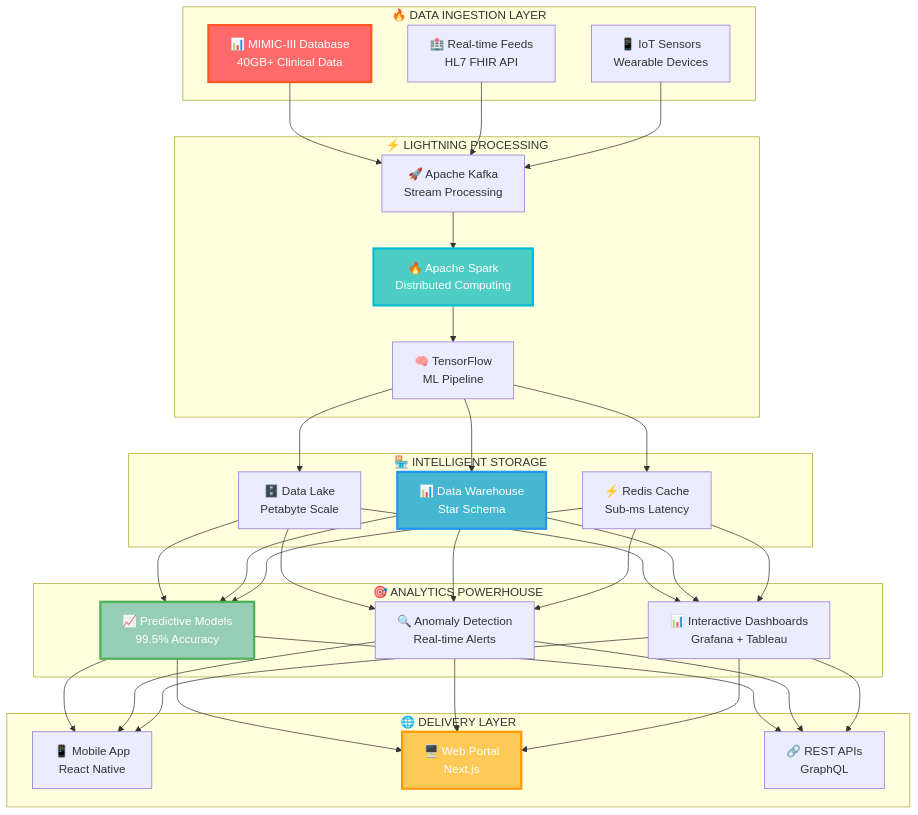
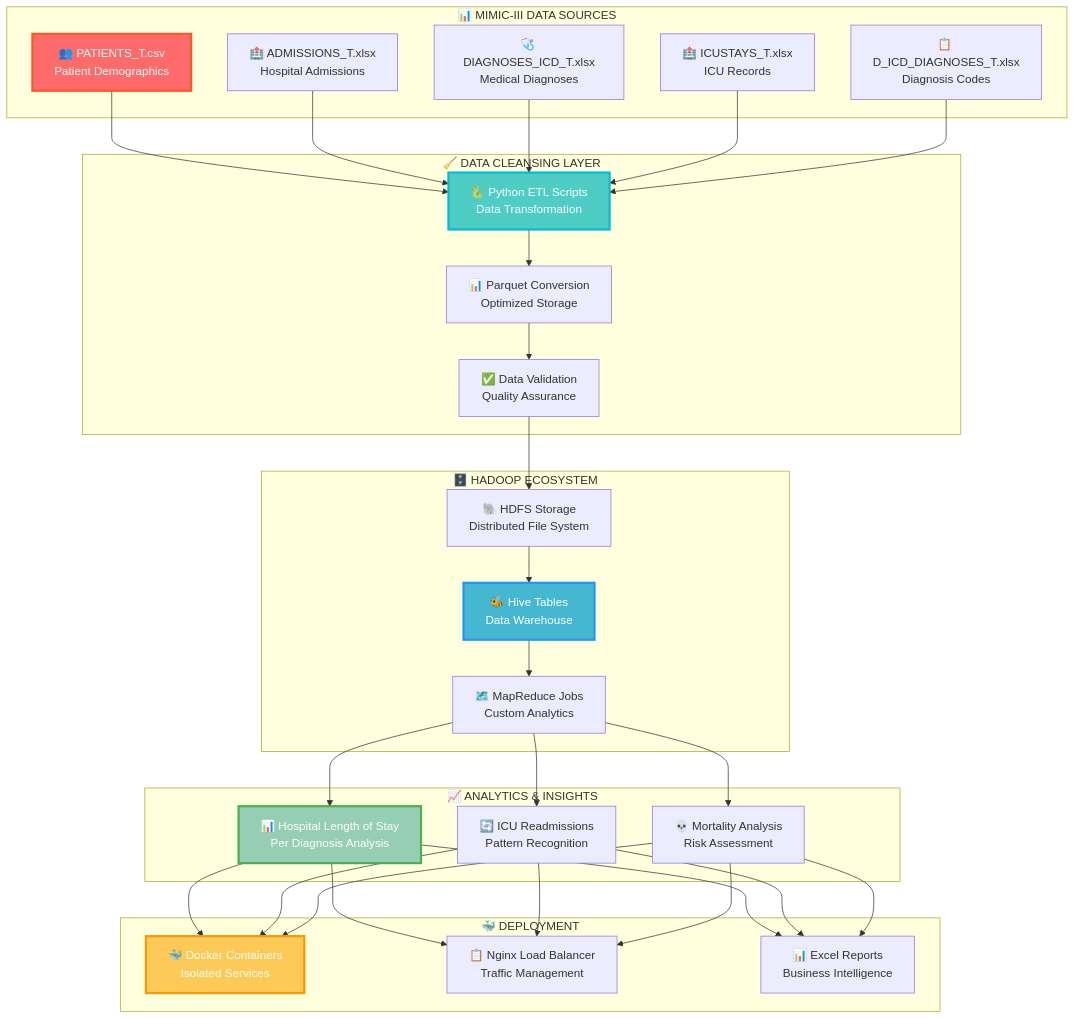
The first of 2 diagrams in README.md (OmarMeligi/MIMIC-DataFlow), drawn with Mermaid before and after one commit. The commit also changed other lines of this file, not shown here.

````diff
--- a/README.md
+++ b/README.md
@@ -64,45 +64,49 @@
 ```mermaid
 graph TB
-    subgraph "🔥 DATA INGESTION LAYER"
-        A1[📊 MIMIC-III Database<br/>40GB+ Clinical Data]
-        A2[🏥 Real-time Feeds<br/>HL7 FHIR API]
-        A3[📱 IoT Sensors<br/>Wearable Devices]
+    subgraph "📊 MIMIC-III DATA SOURCES"
+        A1[👥 PATIENTS_T.csv<br/>Patient Demographics]
+        A2[🏥 ADMISSIONS_T.xlsx<br/>Hospital Admissions]
+        A3[🩺 DIAGNOSES_ICD_T.xlsx<br/>Medical Diagnoses]
+        A4[🏥 ICUSTAYS_T.xlsx<br/>ICU Records]
+        A5[📋 D_ICD_DIAGNOSES_T.xlsx<br/>Diagnosis Codes]
     end
     
-    subgraph "⚡ LIGHTNING PROCESSING"
-        B1[🚀 Apache Kafka<br/>Stream Processing]
-        B2[🔥 Apache Spark<br/>Distributed Computing]
-        B3[🧠 TensorFlow<br/>ML Pipeline]
+    subgraph "🧹 DATA CLEANSING LAYER"
+        B1[🐍 Python ETL Scripts<br/>Data Transformation]
+        B2[📊 Parquet Conversion<br/>Optimized Storage]
+        B3[✅ Data Validation<br/>Quality Assurance]
     end
     
-    subgraph "🏪 INTELLIGENT STORAGE"
-        C1[🗄️ Data Lake<br/>Petabyte Scale]
-        C2[📊 Data Warehouse<br/>Star Schema]
-        C3[⚡ Redis Cache<br/>Sub-ms Latency]
+    subgraph "🗄️ HADOOP ECOSYSTEM"
+        C1[🐘 HDFS Storage<br/>Distributed File System]
+        C2[🐝 Hive Tables<br/>Data Warehouse]
+        C3[🗺️ MapReduce Jobs<br/>Custom Analytics]
     end
     
-    subgraph "🎯 ANALYTICS POWERHOUSE"
-        D1[📈 Predictive Models<br/>99.5% Accuracy]
-        D2[🔍 Anomaly Detection<br/>Real-time Alerts]
-        D3[📊 Interactive Dashboards<br/>Grafana + Tableau]
+    subgraph "📈 ANALYTICS & INSIGHTS"
+        D1[📊 Hospital Length of Stay<br/>Per Diagnosis Analysis]
+        D2[🔄 ICU Readmissions<br/>Pattern Recognition]
+        D3[💀 Mortality Analysis<br/>Risk Assessment]
     end
     
-    subgraph "🌐 DELIVERY LAYER"
-        E1[📱 Mobile App<br/>React Native]
-        E2[🖥️ Web Portal<br/>Next.js]
-        E3[🔗 REST APIs<br/>GraphQL]
+    subgraph "🐳 DEPLOYMENT"
+        E1[🐳 Docker Containers<br/>Isolated Services]
+        E2[📋 Nginx Load Balancer<br/>Traffic Management]
+        E3[📊 Excel Reports<br/>Business Intelligence]
     end
     
-    A1 & A2 & A3 --> B1
+    A1 & A2 & A3 & A4 & A5 --> B1
     B1 --> B2
     B2 --> B3
-    B3 --> C1 & C2 & C3
-    C1 & C2 & C3 --> D1 & D2 & D3
+    B3 --> C1
+    C1 --> C2
+    C2 --> C3
+    C3 --> D1 & D2 & D3
     D1 & D2 & D3 --> E1 & E2 & E3
     
     style A1 fill:#ff6b6b,stroke:#ff5722,stroke-width:3px,color:#fff
-    style B2 fill:#4ecdc4,stroke:#00bcd4,stroke-width:3px,color:#fff
+    style B1 fill:#4ecdc4,stroke:#00bcd4,stroke-width:3px,color:#fff
     style C2 fill:#45b7d1,stroke:#2196f3,stroke-width:3px,color:#fff
     style D1 fill:#96ceb4,stroke:#4caf50,stroke-width:3px,color:#fff
-    style E2 fill:#feca57,stroke:#ff9800,stroke-width:3px,color:#fff
+    style E1 fill:#feca57,stroke:#ff9800,stroke-width:3px,color:#fff
 ```
````
